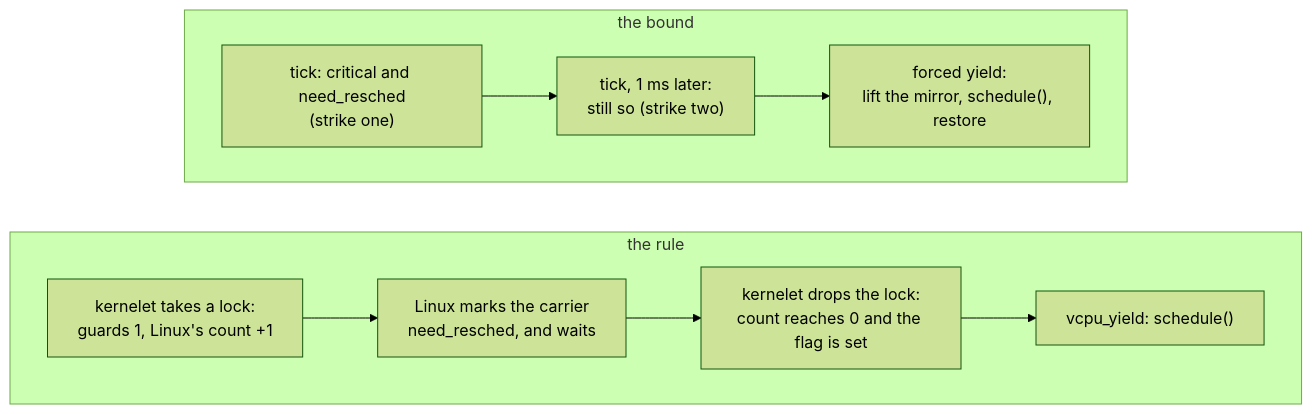
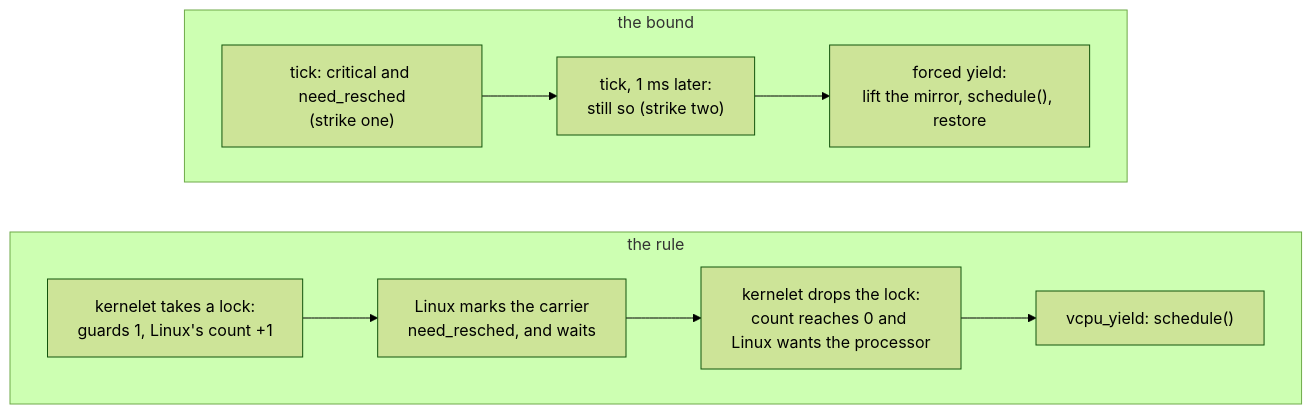
The diagram in src/sharing-a-processor-politely.md (Plucky923/kernelet), drawn with Mermaid (forest theme) before and after one commit. The commit also changed other lines of this file and 41 other files, not shown here.

````diff
--- a/src/sharing-a-processor-politely.md
+++ b/src/sharing-a-processor-politely.md
@@ -179,14 +179,14 @@
 ```mermaid
 flowchart LR
     subgraph rule["the rule"]
         direction LR
         a["kernelet takes a lock:<br/>guards 1, Linux's count +1"] --> b["Linux marks the carrier<br/>need_resched, and waits"]
-        b --> c["kernelet drops the lock:<br/>count reaches 0 and the flag is set"]
+        b --> c["kernelet drops the lock:<br/>count reaches 0 and Linux wants the processor"]
         c --> d["vcpu_yield: schedule()"]
     end
     subgraph bound["the bound"]
         direction LR
         e["tick: critical and need_resched<br/>(strike one)"] --> f["tick, 1 ms later:<br/>still so (strike two)"]
         f --> g["forced yield:<br/>lift the mirror, schedule(), restore"]
     end
 ```
````
